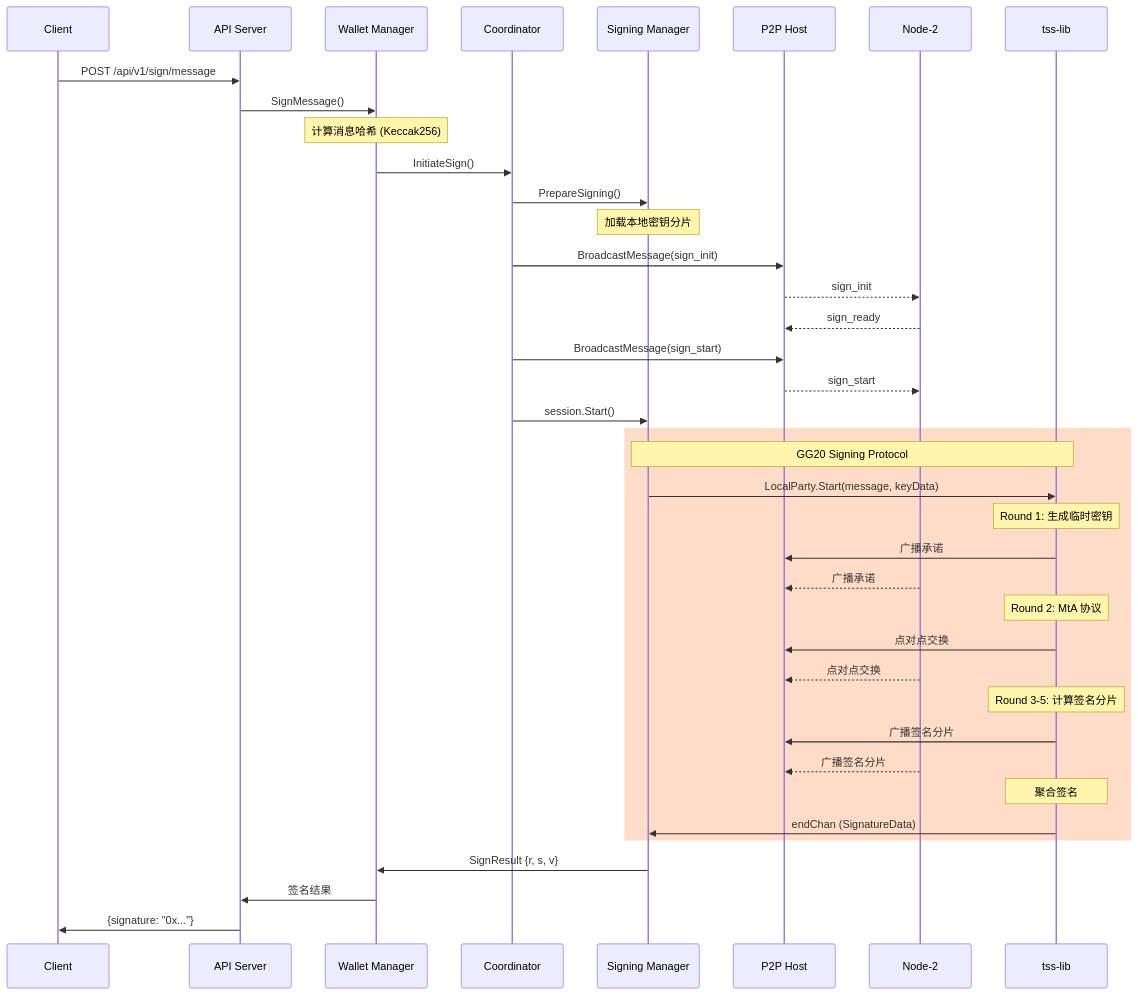
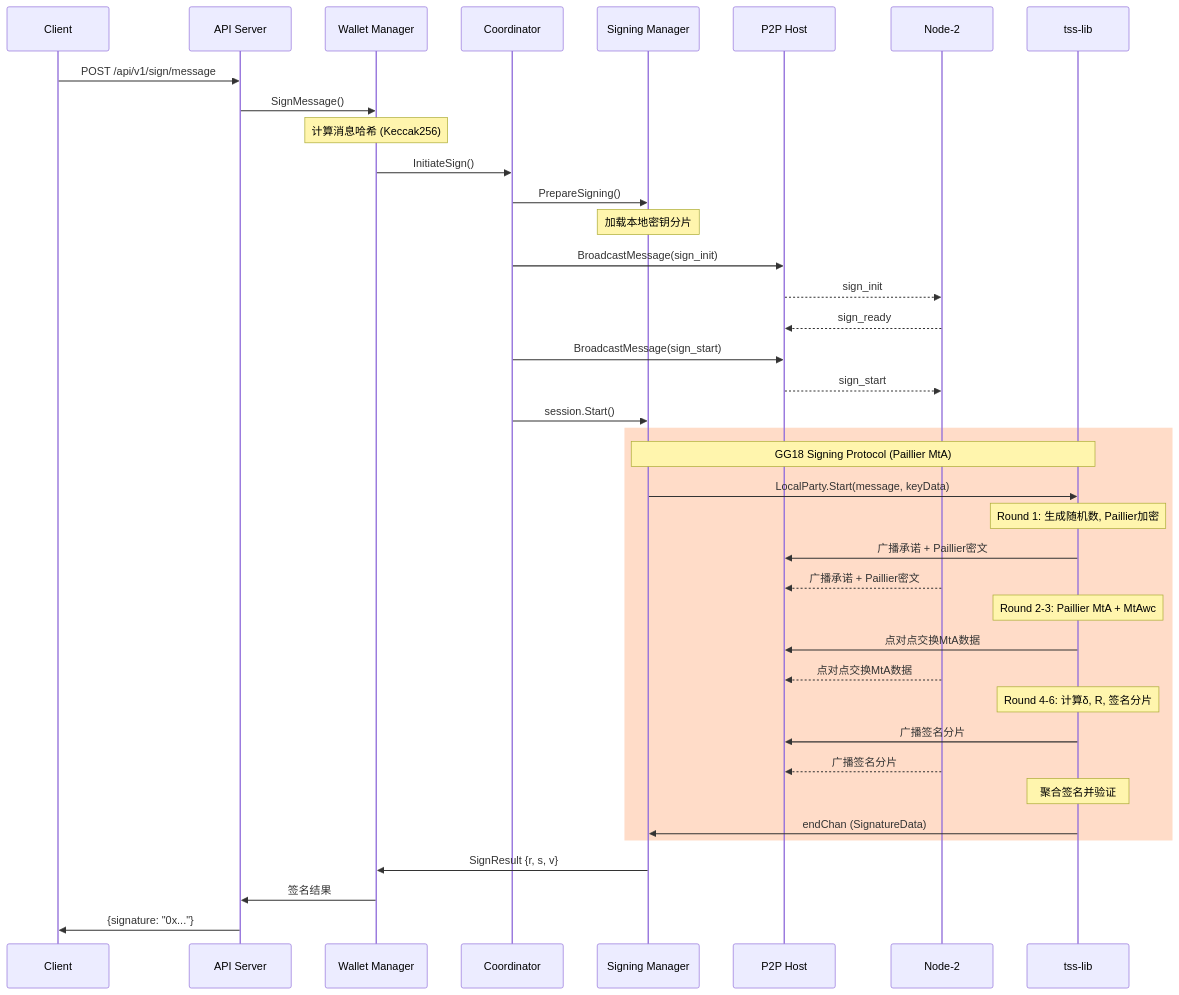
Before and after one commit to 339-Labs/wallet-platform-mpc-go: the third of 8 diagrams in docs/FLOWCHARTS.md, drawn with Mermaid. The commit also changed other lines of this file and 1 other file, not shown here.

Commit message:
Refactor: Update docs to reflect GG18 protocol implementation

````diff
--- a/docs/FLOWCHARTS.md
+++ b/docs/FLOWCHARTS.md
@@ -136,55 +138,55 @@
 ```mermaid
 sequenceDiagram
     participant Client
     participant API as API Server
     participant WM as Wallet Manager
     participant Coord as Coordinator
     participant SM as Signing Manager
     participant P2P as P2P Host
     participant Node2 as Node-2
     participant TSS as tss-lib
     
     Client->>API: POST /api/v1/sign/message
     API->>WM: SignMessage()
     
     Note over WM: 计算消息哈希 (Keccak256)
     
     WM->>Coord: InitiateSign()
     Coord->>SM: PrepareSigning()
     
     Note over SM: 加载本地密钥分片
     
     Coord->>P2P: BroadcastMessage(sign_init)
     P2P-->>Node2: sign_init
     
     Node2-->>P2P: sign_ready
     
     Coord->>P2P: BroadcastMessage(sign_start)
     P2P-->>Node2: sign_start
     
     Coord->>SM: session.Start()
     
     rect rgb(255, 220, 200)
-        Note over SM,TSS: GG20 Signing Protocol
+        Note over SM,TSS: GG18 Signing Protocol (Paillier MtA)
         SM->>TSS: LocalParty.Start(message, keyData)
         
-        Note over TSS: Round 1: 生成临时密钥
-        TSS->>P2P: 广播承诺
-        Node2-->>P2P: 广播承诺
+        Note over TSS: Round 1: 生成随机数, Paillier加密
+        TSS->>P2P: 广播承诺 + Paillier密文
+        Node2-->>P2P: 广播承诺 + Paillier密文
         
-        Note over TSS: Round 2: MtA 协议
-        TSS->>P2P: 点对点交换
-        Node2-->>P2P: 点对点交换
+        Note over TSS: Round 2-3: Paillier MtA + MtAwc
+        TSS->>P2P: 点对点交换MtA数据
+        Node2-->>P2P: 点对点交换MtA数据
         
-        Note over TSS: Round 3-5: 计算签名分片
+        Note over TSS: Round 4-6: 计算δ, R, 签名分片
         TSS->>P2P: 广播签名分片
         Node2-->>P2P: 广播签名分片
         
-        Note over TSS: 聚合签名
+        Note over TSS: 聚合签名并验证
         TSS->>SM: endChan (SignatureData)
     end
     
     SM->>WM: SignResult {r, s, v}
     WM->>API: 签名结果
     API->>Client: {signature: "0x..."}
 ```
````
